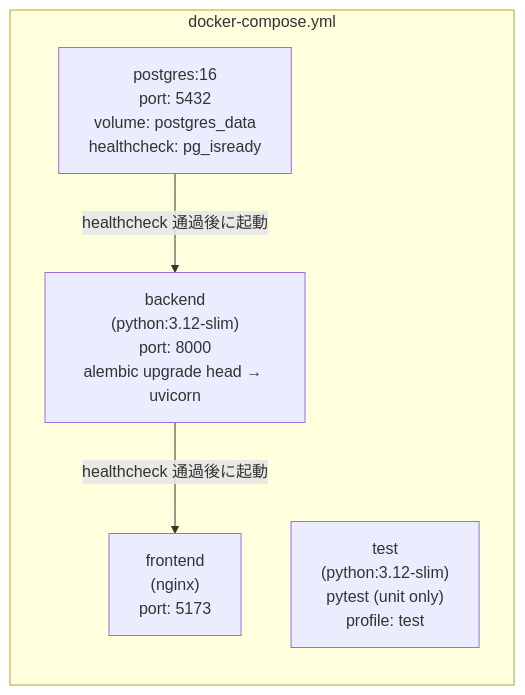
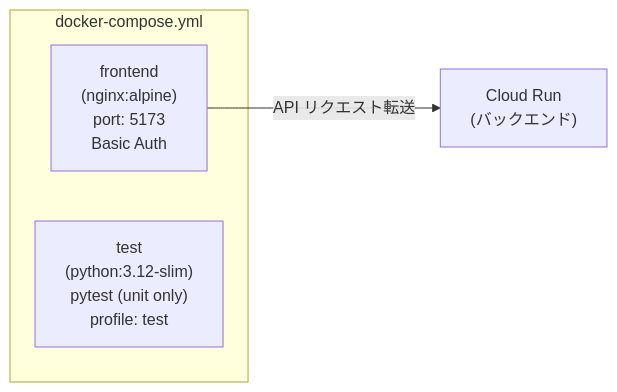
The fifth of 6 diagrams in docs/architecture.md (inash03/deep_agent_test), drawn with Mermaid before and after one commit. The commit also changed other lines of this file and 2 other files, not shown here.

First line of the commit message:
docs: update README and architecture.md to reflect current state

````diff
--- a/docs/architecture.md
+++ b/docs/architecture.md
@@ -122,12 +195,9 @@
 ```mermaid
 graph LR
     subgraph docker-compose.yml
-        postgres["postgres:16\nport: 5432\nvolume: postgres_data\nhealthcheck: pg_isready"]
-        backend["backend\n(python:3.12-slim)\nport: 8000\nalembic upgrade head → uvicorn"]
-        frontend["frontend\n(nginx)\nport: 5173"]
+        frontend["frontend\n(nginx:alpine)\nport: 5173\nBasic Auth"]
         test["test\n(python:3.12-slim)\npytest (unit only)\nprofile: test"]
     end
 
-    postgres -->|"healthcheck 通過後に起動"| backend
-    backend -->|"healthcheck 通過後に起動"| frontend
+    frontend -->|"API リクエスト転送"| CloudRun["Cloud Run\n(バックエンド)"]
 ```
````
